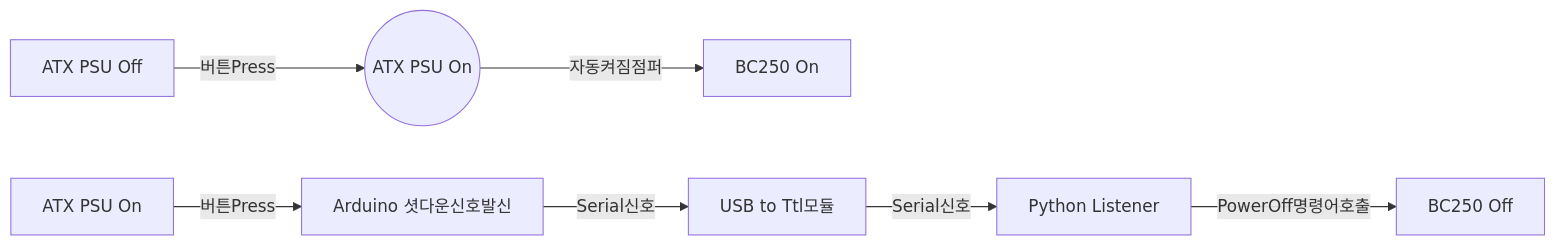
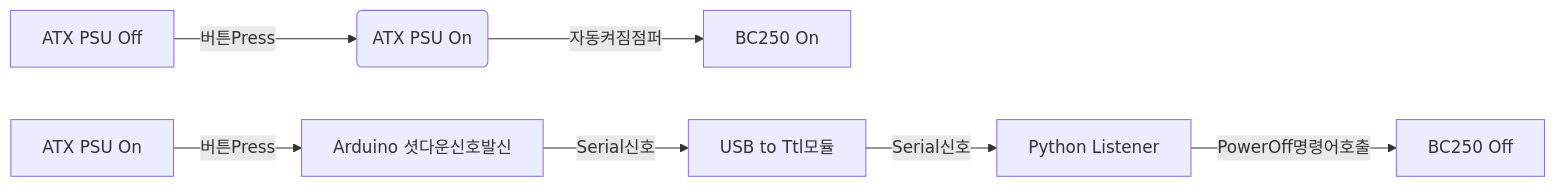
Before and after one commit to coolsolgit/BC250-ATX-PSU-Control: the first of 2 diagrams in README.md, drawn with Mermaid.

Commit message:
Fix mermaid syntax in README.md flowchart

````diff
--- a/README.md
+++ b/README.md
@@ -23,10 +23,10 @@
 ```mermaid
 flowchart LR
-A[ATX PSU Off] -->|버튼Press| B((ATX PSU On))
+A[ATX PSU Off] -->|버튼Press| B(ATX PSU On)
   B -->|자동켜짐점퍼| C[BC250 On]
 D[ATX PSU On] -->|버튼Press| E[Arduino 셧다운신호발신]
   E -->|Serial신호| F[USB to Ttl모듈]
   F -->|Serial신호| G[Python Listener]
   G -->|PowerOff명령어호출| H[BC250 Off]
 
 ```
````
